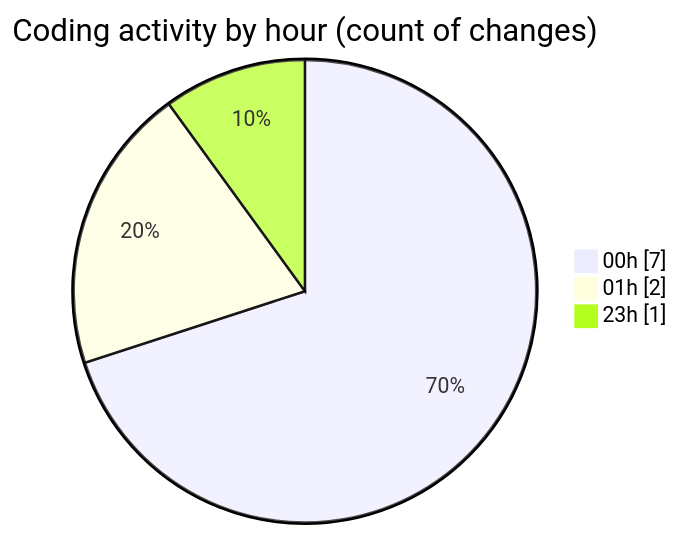
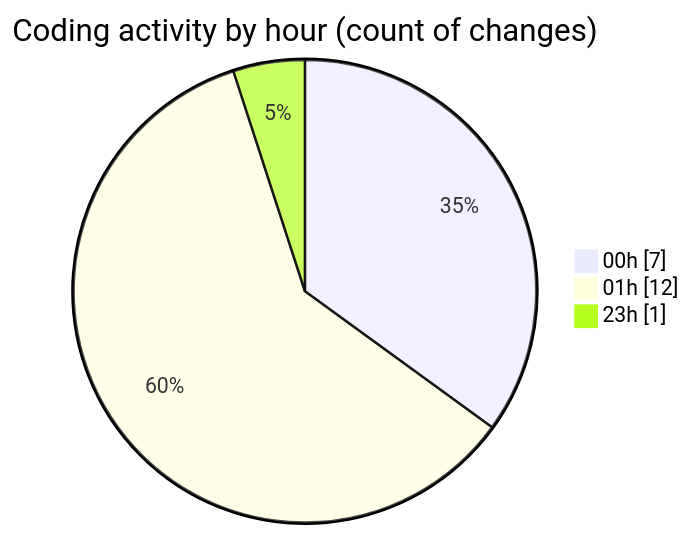
Before and after one commit to EIIisD/code-tracking: the second of 2 diagrams in 2025-07-11/fish/README.md, drawn with Mermaid. The commit also changed other lines of this file and 1 other file, not shown here.

````diff
--- a/2025-07-11/fish/README.md
+++ b/2025-07-11/fish/README.md
@@ -33,7 +33,7 @@
 ```mermaid
 pie showData
 title Coding activity by hour (count of changes)
 "00h" : 7
-"01h" : 2
+"01h" : 12
 "23h" : 1
 ```
````
